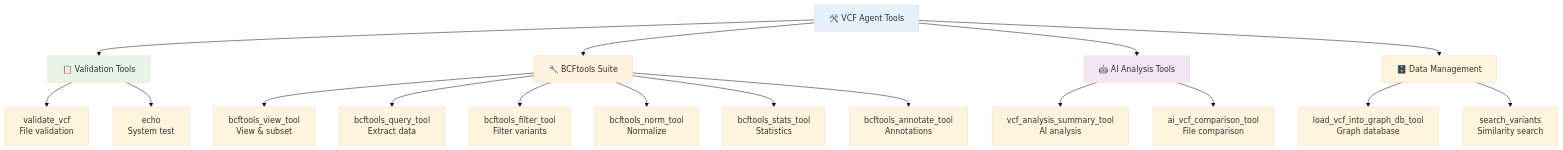
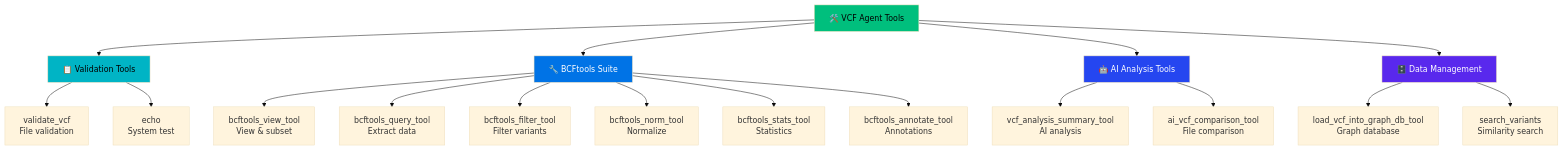
One commit to elementalcollision/vcf_analysis changed the seventh of 13 diagrams in README.md. Above: the diagram before and after it, drawn with Mermaid (base theme). The commit also changed other lines of this file and 1 other file, not shown here.

````diff
--- a/README.md
+++ b/README.md
@@ -509,28 +525,29 @@
 ```mermaid
 graph TD
     TOOLS[🛠️ VCF Agent Tools] --> VALIDATION[📋 Validation Tools]
     TOOLS --> BCFTOOLS[🔧 BCFtools Suite]
     TOOLS --> AI_TOOLS[🤖 AI Analysis Tools]
     TOOLS --> DATA_TOOLS[🗄️ Data Management]
     
     VALIDATION --> VALIDATE[validate_vcf<br/>File validation]
     VALIDATION --> ECHO[echo<br/>System test]
     
     BCFTOOLS --> VIEW[bcftools_view_tool<br/>View & subset]
     BCFTOOLS --> QUERY[bcftools_query_tool<br/>Extract data]
     BCFTOOLS --> FILTER[bcftools_filter_tool<br/>Filter variants]
     BCFTOOLS --> NORM[bcftools_norm_tool<br/>Normalize]
     BCFTOOLS --> STATS[bcftools_stats_tool<br/>Statistics]
     BCFTOOLS --> ANNOTATE[bcftools_annotate_tool<br/>Annotations]
     
     AI_TOOLS --> SUMMARY[vcf_analysis_summary_tool<br/>AI analysis]
     AI_TOOLS --> COMPARE[ai_vcf_comparison_tool<br/>File comparison]
     
     DATA_TOOLS --> GRAPH_LOAD[load_vcf_into_graph_db_tool<br/>Graph database]
     DATA_TOOLS --> SEARCH[search_variants<br/>Similarity search]
     
-    style TOOLS fill:#e3f2fd
-    style VALIDATION fill:#e8f5e8
-    style BCFTOOLS fill:#fff3e0
-    style AI_TOOLS fill:#f3e5f5
+    style TOOLS fill:#00bf7d,color:#000000
+    style VALIDATION fill:#00b4c5,color:#000000
+    style BCFTOOLS fill:#0073e6,color:#ffffff
+    style AI_TOOLS fill:#2546f0,color:#ffffff
+    style DATA_TOOLS fill:#5928ed,color:#ffffff
 ```
````
